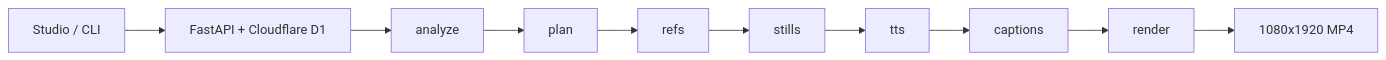
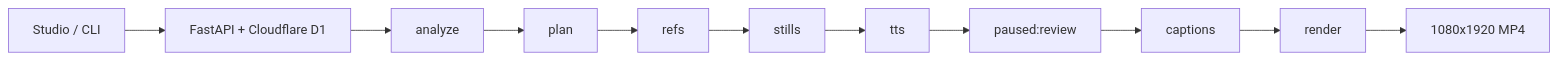
The diagram in docs/REQUIREMENTS.md (minhduy6868/omaishort---short-video-creation), drawn with Mermaid before and after one commit. The commit also changed other lines of this file and 16 other files, not shown here.

First line of the commit message:
fix(stills): review gate after TTS and better editorial match

````diff
--- a/docs/REQUIREMENTS.md
+++ b/docs/REQUIREMENTS.md
@@ -123,12 +125,13 @@
 ```mermaid
 flowchart LR
   in[Studio / CLI] --> api[FastAPI + Cloudflare D1]
   api --> a[analyze]
   a --> p[plan]
   p --> r[refs]
   r --> s[stills]
   s --> t[tts]
-  t --> c[captions]
+  t --> gate[paused:review]
+  gate --> c[captions]
   c --> x[render]
   x --> mp4[1080x1920 MP4]
 ```
````
